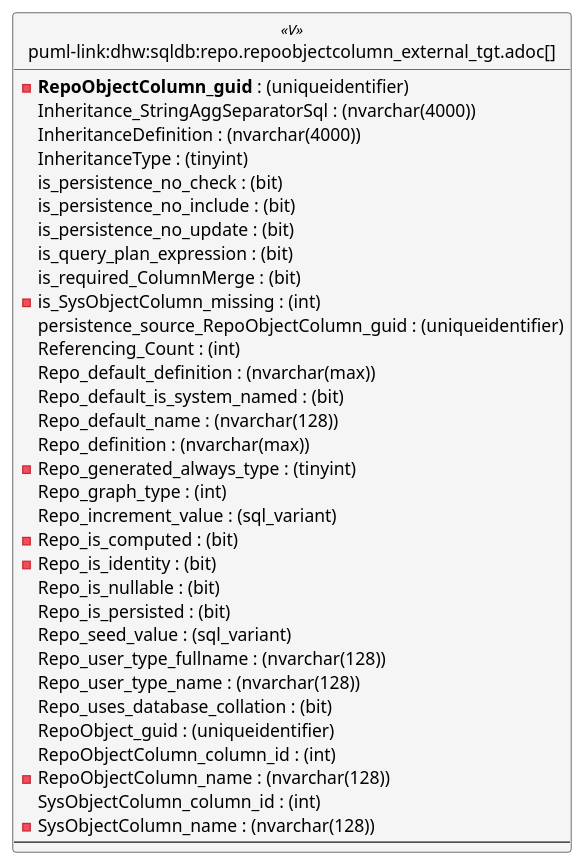
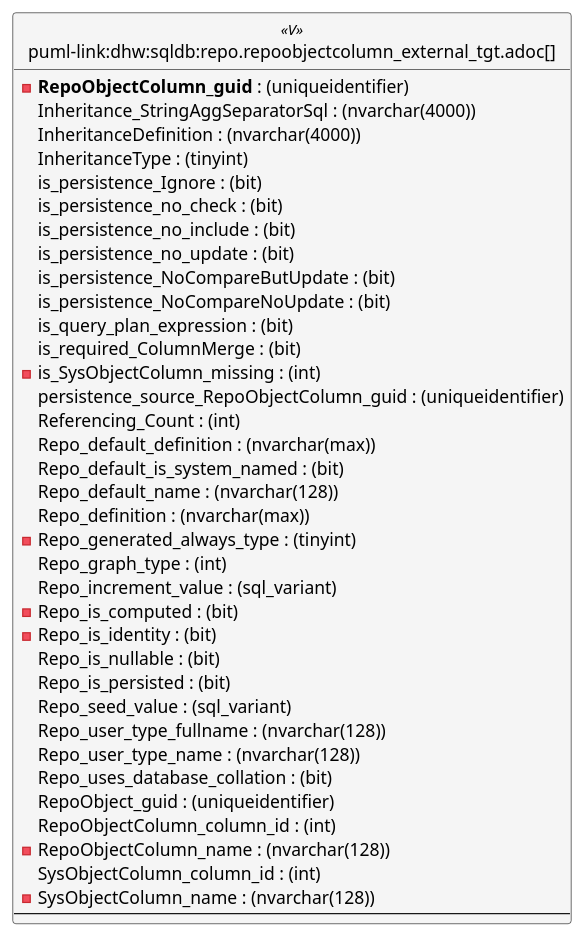
Before and after one commit to DataHandwerk/dhw-antora-sqldb: the first of 6 diagrams in docs/modules/sqldb/partials/content/repo.repoobjectcolumn_external_tgt.adoc, drawn with PlantUML. The commit also changed other lines of this file and 751 other files, not shown here.

```diff
--- a/docs/modules/sqldb/partials/content/repo.repoobjectcolumn_external_tgt.adoc
+++ b/docs/modules/sqldb/partials/content/repo.repoobjectcolumn_external_tgt.adoc
@@ -1314,65 +1313,68 @@
 [plantuml, entity-{docname}, svg, subs=macros]
 ....
 'Left to right direction
 top to bottom direction
 hide circle
 'avoide "." issues:
 set namespaceSeparator none
 
 
 skinparam class {
   BackgroundColor White
   BackgroundColor<<FN>> Yellow
   BackgroundColor<<FS>> Yellow
   BackgroundColor<<FT>> LightGray
   BackgroundColor<<IF>> Yellow
   BackgroundColor<<IS>> Yellow
   BackgroundColor<<P>>  Aqua
   BackgroundColor<<PC>> Aqua
   BackgroundColor<<SN>> Yellow
   BackgroundColor<<SO>> SlateBlue
   BackgroundColor<<TF>> LightGray
   BackgroundColor<<TR>> Tomato
   BackgroundColor<<U>>  White
   BackgroundColor<<V>>  WhiteSmoke
   BackgroundColor<<X>>  Aqua
   BackgroundColor<<external>> AliceBlue
 }
 
 
 entity "puml-link:dhw:sqldb:repo.repoobjectcolumn_external_tgt.adoc[]" as repo.RepoObjectColumn_external_tgt << V >> {
   - **RepoObjectColumn_guid** : (uniqueidentifier)
   Inheritance_StringAggSeparatorSql : (nvarchar(4000))
   InheritanceDefinition : (nvarchar(4000))
   InheritanceType : (tinyint)
+  is_persistence_Ignore : (bit)
   is_persistence_no_check : (bit)
   is_persistence_no_include : (bit)
   is_persistence_no_update : (bit)
+  is_persistence_NoCompareButUpdate : (bit)
+  is_persistence_NoCompareNoUpdate : (bit)
   is_query_plan_expression : (bit)
   is_required_ColumnMerge : (bit)
   - is_SysObjectColumn_missing : (int)
   persistence_source_RepoObjectColumn_guid : (uniqueidentifier)
   Referencing_Count : (int)
   Repo_default_definition : (nvarchar(max))
   Repo_default_is_system_named : (bit)
   Repo_default_name : (nvarchar(128))
   Repo_definition : (nvarchar(max))
   - Repo_generated_always_type : (tinyint)
   Repo_graph_type : (int)
   Repo_increment_value : (sql_variant)
   - Repo_is_computed : (bit)
   - Repo_is_identity : (bit)
   Repo_is_nullable : (bit)
   Repo_is_persisted : (bit)
   Repo_seed_value : (sql_variant)
   Repo_user_type_fullname : (nvarchar(128))
   Repo_user_type_name : (nvarchar(128))
   Repo_uses_database_collation : (bit)
   RepoObject_guid : (uniqueidentifier)
   RepoObjectColumn_column_id : (int)
   - RepoObjectColumn_name : (nvarchar(128))
   SysObjectColumn_column_id : (int)
   - SysObjectColumn_name : (nvarchar(128))
   --
 }
 ....
```
